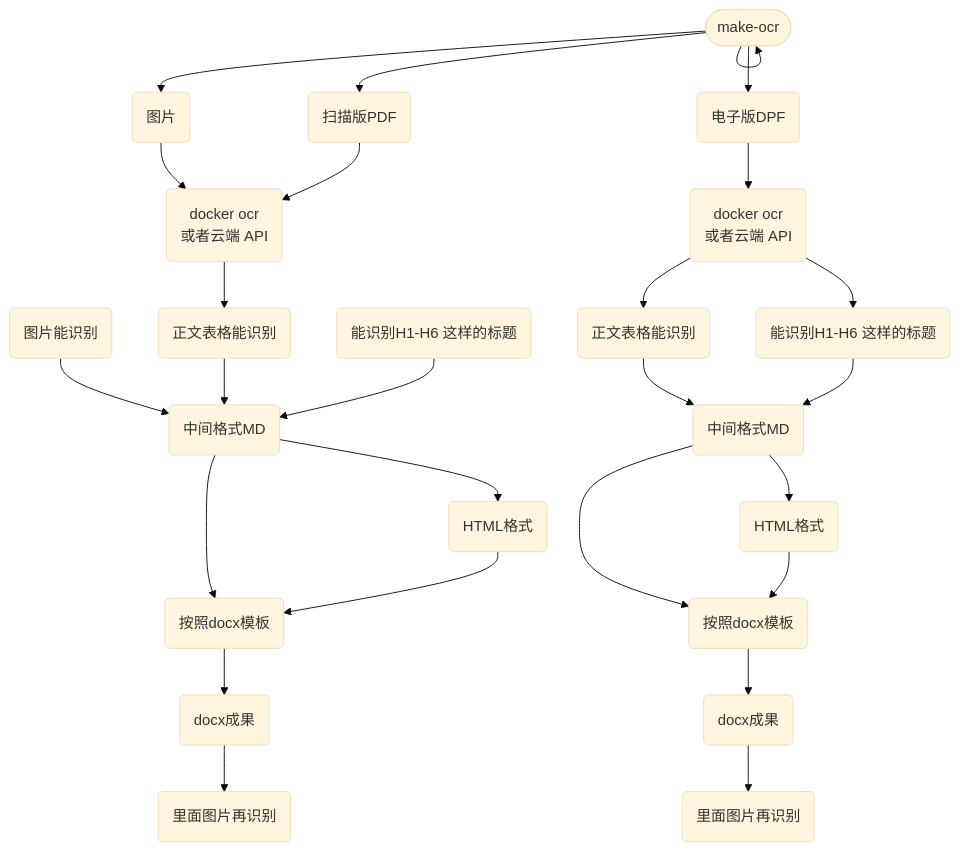
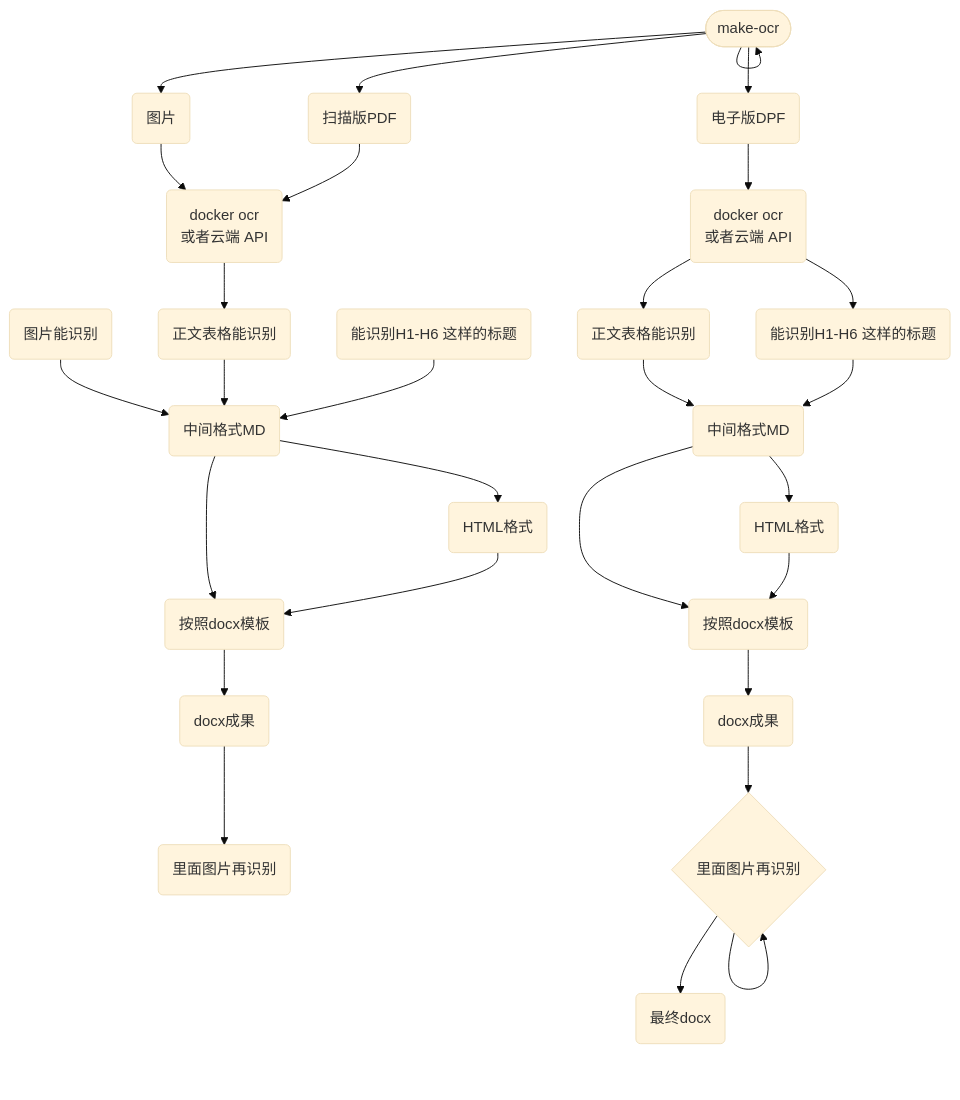
The diagram in notes/未命名_da3b1e9d-46b8-4fe8-a207-538027b2306b.md (fireflysss/mermaid-notes), drawn with Mermaid (base theme) before and after one commit. The commit also changed 3 other files, not shown here.

Commit message:
Sync Mermaid Studio data (12 diagrams)

````diff
--- a/notes/未命名_da3b1e9d-46b8-4fe8-a207-538027b2306b.md
+++ b/notes/未命名_da3b1e9d-46b8-4fe8-a207-538027b2306b.md
@@ -3,50 +3,53 @@
 ```mermaid
 flowchart TD
   n_0(["make-ocr"])
   n_1("扫描版PDF")
   n_2("电子版DPF")
   n_3("docker ocr<br/>或者云端 API")
   n_4("图片")
   n_5("能识别H1-H6 这样的标题")
   n_6("正文表格能识别")
   n_7("图片能识别")
   n_8("按照docx模板")
   n_9("里面图片再识别")
   n_10("docx成果")
   n_11("中间格式MD")
   n_12("HTML格式")
   n_13("docker ocr<br/>或者云端 API")
   n_14("能识别H1-H6 这样的标题")
   n_15("正文表格能识别")
   n_16("按照docx模板")
-  n_17("里面图片再识别")
-  n_18("docx成果")
-  n_19("中间格式MD")
-  n_20("HTML格式")
+  n_17("docx成果")
+  n_18("中间格式MD")
+  n_19("HTML格式")
+  n_20{"里面图片再识别"}
+  n_21("最终docx")
   n_0 --> n_0
   n_0 --> n_1
   n_0 --> n_2
   n_0 --> n_4
   n_11 --> n_8
   n_11 --> n_12
   n_12 --> n_8
   n_8 --> n_10
   n_10 --> n_9
+  n_18 --> n_16
+  n_18 --> n_19
   n_19 --> n_16
-  n_19 --> n_20
-  n_20 --> n_16
-  n_16 --> n_18
-  n_18 --> n_17
+  n_16 --> n_17
   n_4 --> n_3
   n_1 --> n_3
   n_2 --> n_13
   n_13 --> n_14
   n_13 --> n_15
-  n_15 --> n_19
-  n_14 --> n_19
+  n_15 --> n_18
+  n_14 --> n_18
   n_7 --> n_11
   n_6 --> n_11
   n_5 --> n_11
   n_3 --> n_6
+  n_17 --> n_20
+  n_20 --> n_21
+  n_20 --> n_20
 
 ```
````
